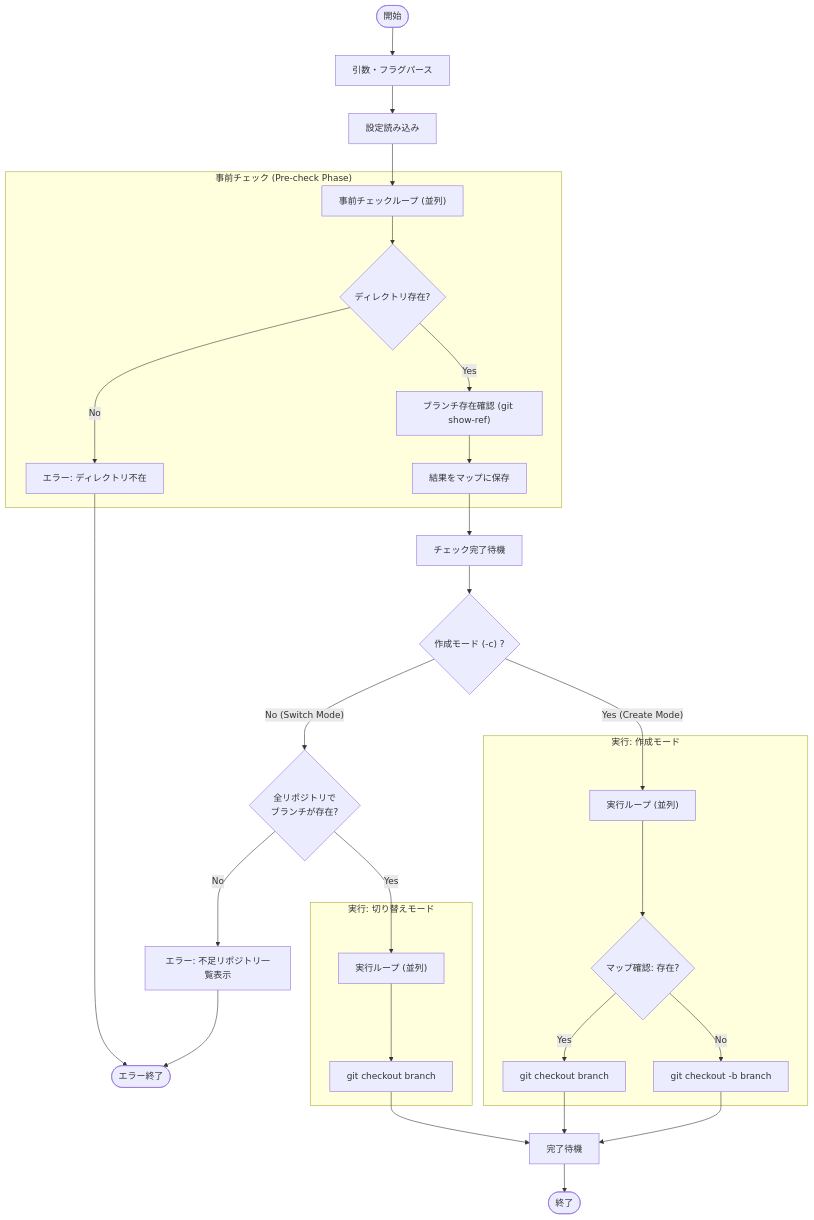
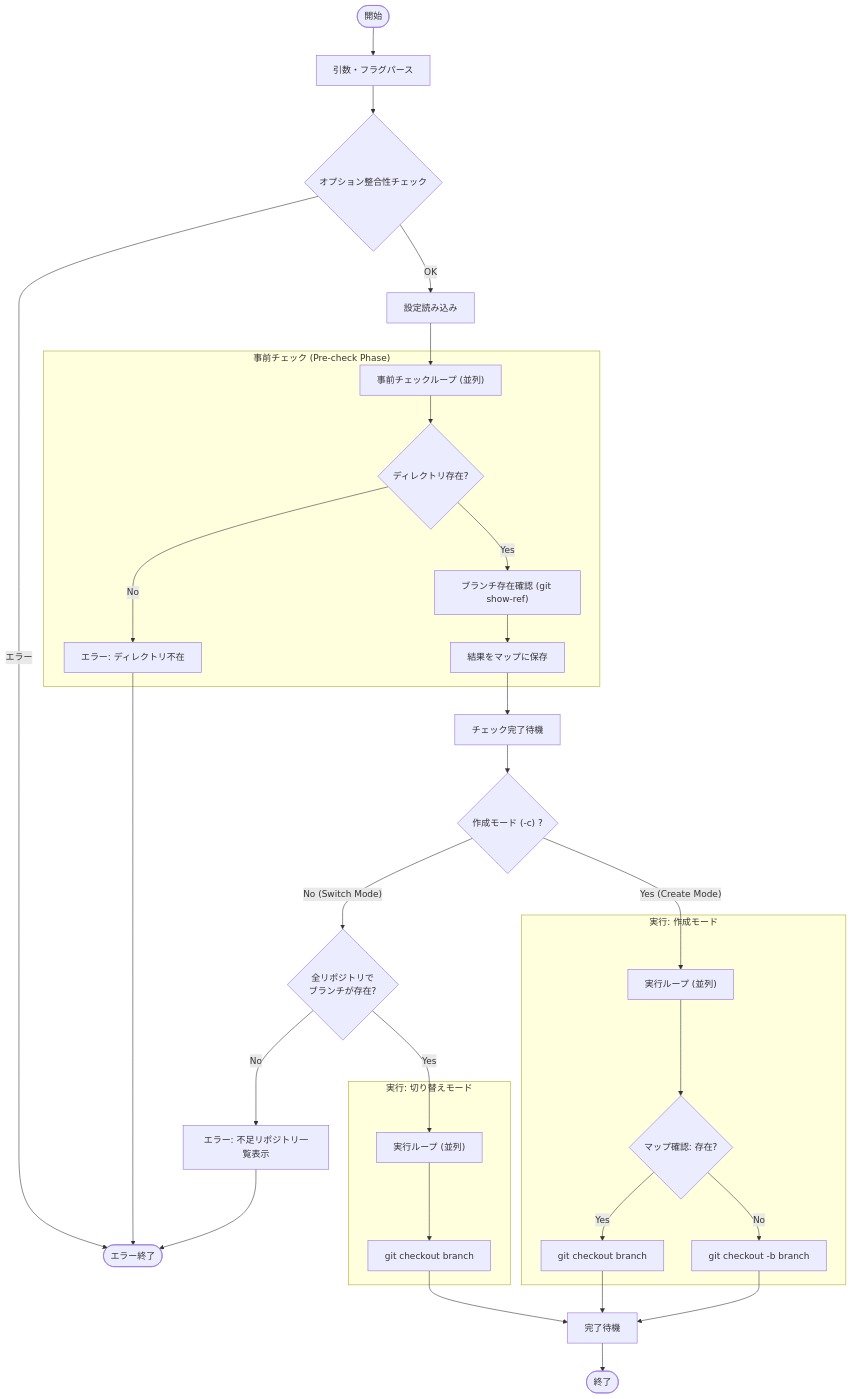
One commit to keiji/mistletoe changed the diagram in docs/internal/app/switch.md. Above: the diagram before and after it, drawn with Mermaid. The commit also changed 8 other files, not shown here.

First line of the commit message:
Update design document flowcharts with ValidateFlags step

````diff
--- a/docs/internal/app/switch.md
+++ b/docs/internal/app/switch.md
@@ -38,40 +38,43 @@
 ```mermaid
 flowchart TD
     Start(["開始"]) --> ParseArgs["引数・フラグパース"]
-    ParseArgs --> LoadConfig["設定読み込み"]
+    ParseArgs --> ValidateFlags{"オプション整合性チェック"}
+    ValidateFlags -- "エラー" --> ErrorExit(["エラー終了"])
+    ValidateFlags -- "OK" --> LoadConfig["設定読み込み"]
+
     LoadConfig --> PreCheckLoop["事前チェックループ (並列)"]
 
     subgraph "事前チェック (Pre-check Phase)"
         PreCheckLoop --> CheckDir{"ディレクトリ存在?"}
         CheckDir -- No --> ErrorDir["エラー: ディレクトリ不在"]
         CheckDir -- Yes --> CheckBranch["ブランチ存在確認 (git show-ref)"]
         CheckBranch --> StoreResult["結果をマップに保存"]
     end
     ErrorDir --> ErrorExit(["エラー終了"])
 
     StoreResult --> WaitPreCheck["チェック完了待機"]
     WaitPreCheck --> CheckMode{"作成モード (-c) ?"}
 
     CheckMode -- No (Switch Mode) --> VerifyAll{"全リポジトリで\nブランチが存在?"}
     VerifyAll -- No --> ReportMissing["エラー: 不足リポジトリ一覧表示"]
     ReportMissing --> ErrorExit
 
     VerifyAll -- Yes --> ExecLoopSwitch["実行ループ (並列)"]
 
     subgraph "実行: 切り替えモード"
         ExecLoopSwitch --> GitCheckout["git checkout branch"]
     end
 
     CheckMode -- Yes (Create Mode) --> ExecLoopCreate["実行ループ (並列)"]
 
     subgraph "実行: 作成モード"
         ExecLoopCreate --> CheckMap{"マップ確認: 存在?"}
         CheckMap -- Yes --> SwitchOnly["git checkout branch"]
         CheckMap -- No --> CreateAndSwitch["git checkout -b branch"]
     end
 
     GitCheckout --> WaitExec["完了待機"]
     SwitchOnly --> WaitExec
     CreateAndSwitch --> WaitExec
     WaitExec --> Stop(["終了"])
 ```
````
